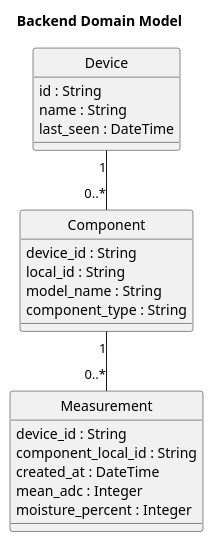
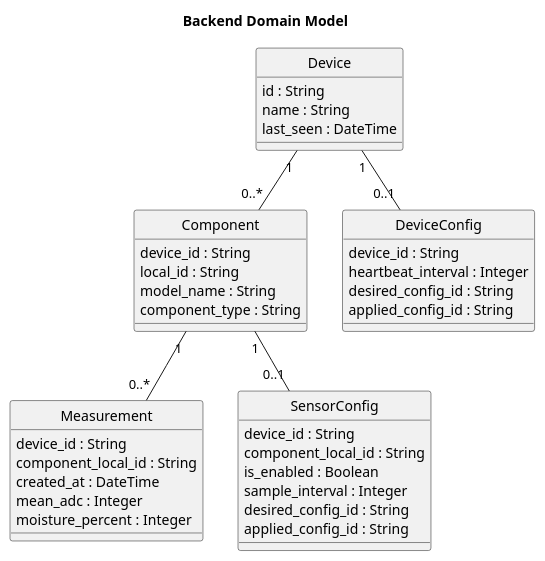
Before and after one commit to bobskefeurat/iot-device-platform: the diagram in docs/diagrams/backend/backend_domain_model.puml, drawn with PlantUML. The commit also changed 8 other files, not shown here.

Commit message:
docs: update README and architecture diagrams

```diff
--- a/docs/diagrams/backend/backend_domain_model.puml
+++ b/docs/diagrams/backend/backend_domain_model.puml
@@ -1,29 +1,47 @@
 @startuml backend_domain_model
 skinparam style strictuml
 title "Backend Domain Model"
 
 class Device {
   id : String
   name : String
   last_seen : DateTime
 }
 
 class Component {
   device_id : String
   local_id : String
   model_name : String
   component_type : String
 }
 
 class Measurement {
   device_id : String
   component_local_id : String
   created_at : DateTime
   mean_adc : Integer
   moisture_percent : Integer
 }
 
+class DeviceConfig {
+  device_id : String
+  heartbeat_interval : Integer
+  desired_config_id : String
+  applied_config_id : String
+}
+
+class SensorConfig {
+  device_id : String
+  component_local_id : String
+  is_enabled : Boolean
+  sample_interval : Integer
+  desired_config_id : String
+  applied_config_id : String
+}
+
 Device "1" -- "0..*" Component
 Component "1" -- "0..*" Measurement
+Device "1" -- "0..1" DeviceConfig
+Component "1" -- "0..1" SensorConfig
 
 @enduml
```
